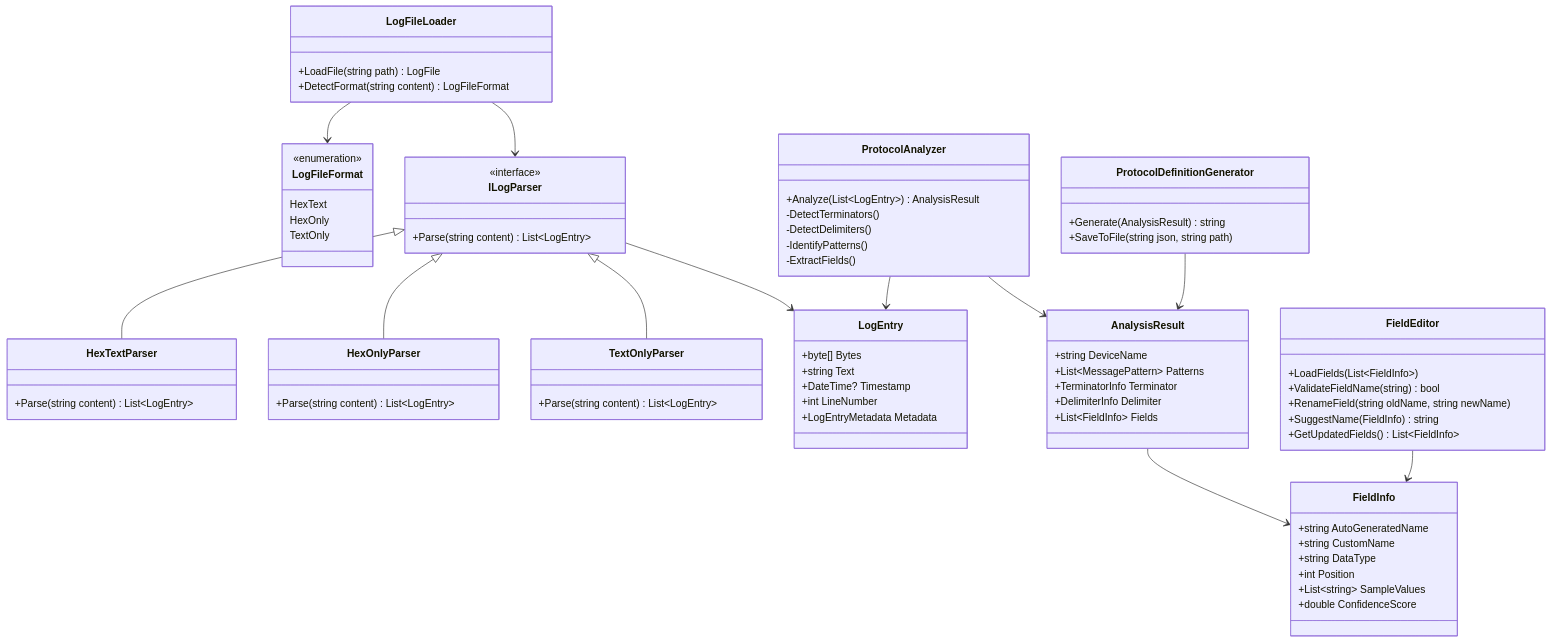
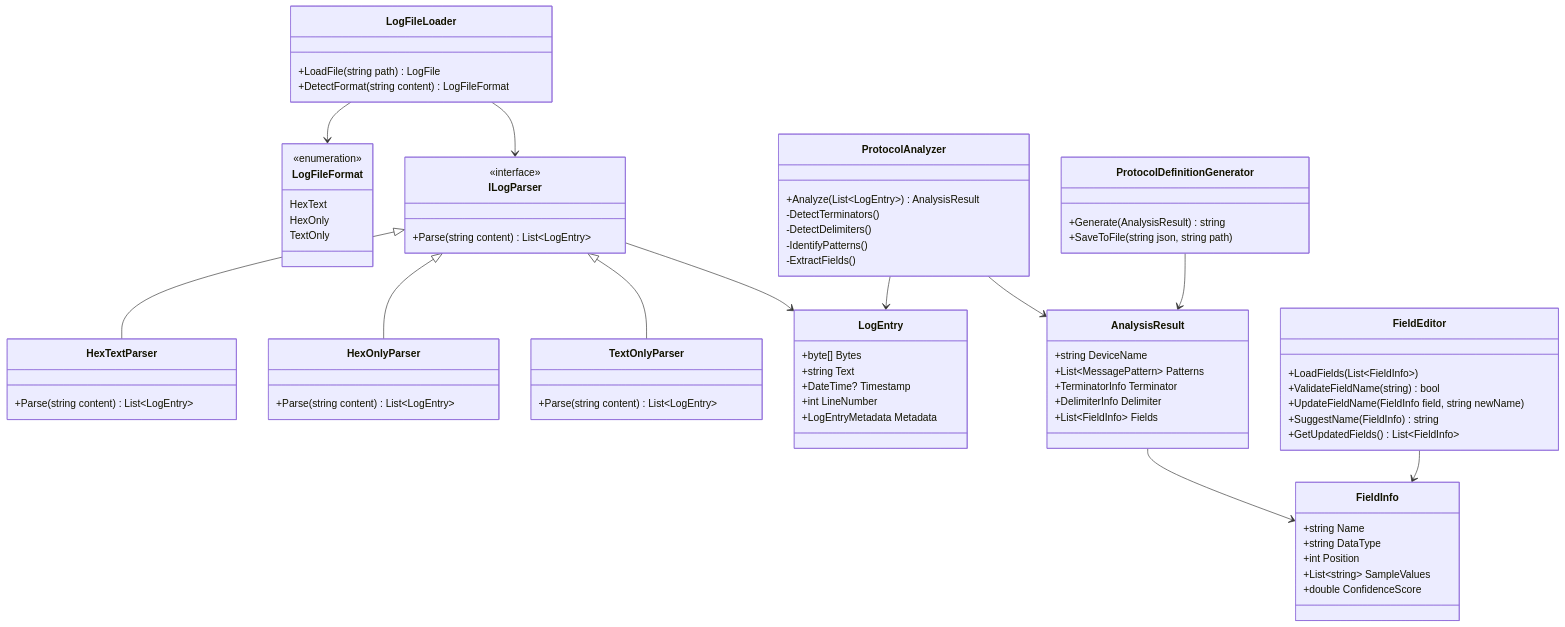
The fifth of 5 diagrams in Documents/ModernDesign/02-System-Architecture.md (chumpon-asaneerat/NSerialCommTools), drawn with Mermaid before and after one commit. The commit also changed other lines of this file and 3 other files, not shown here.

```diff
--- a/Documents/ModernDesign/02-System-Architecture.md
+++ b/Documents/ModernDesign/02-System-Architecture.md
@@ -589,8 +589,7 @@
     }
 
     class FieldInfo {
-        +string AutoGeneratedName
-        +string CustomName
+        +string Name
         +string DataType
         +int Position
         +List~string~ SampleValues
@@ -600,7 +599,7 @@
     class FieldEditor {
         +LoadFields(List~FieldInfo~)
         +ValidateFieldName(string) bool
-        +RenameField(string oldName, string newName)
+        +UpdateFieldName(FieldInfo field, string newName)
         +SuggestName(FieldInfo) string
         +GetUpdatedFields() List~FieldInfo~
     }
```
